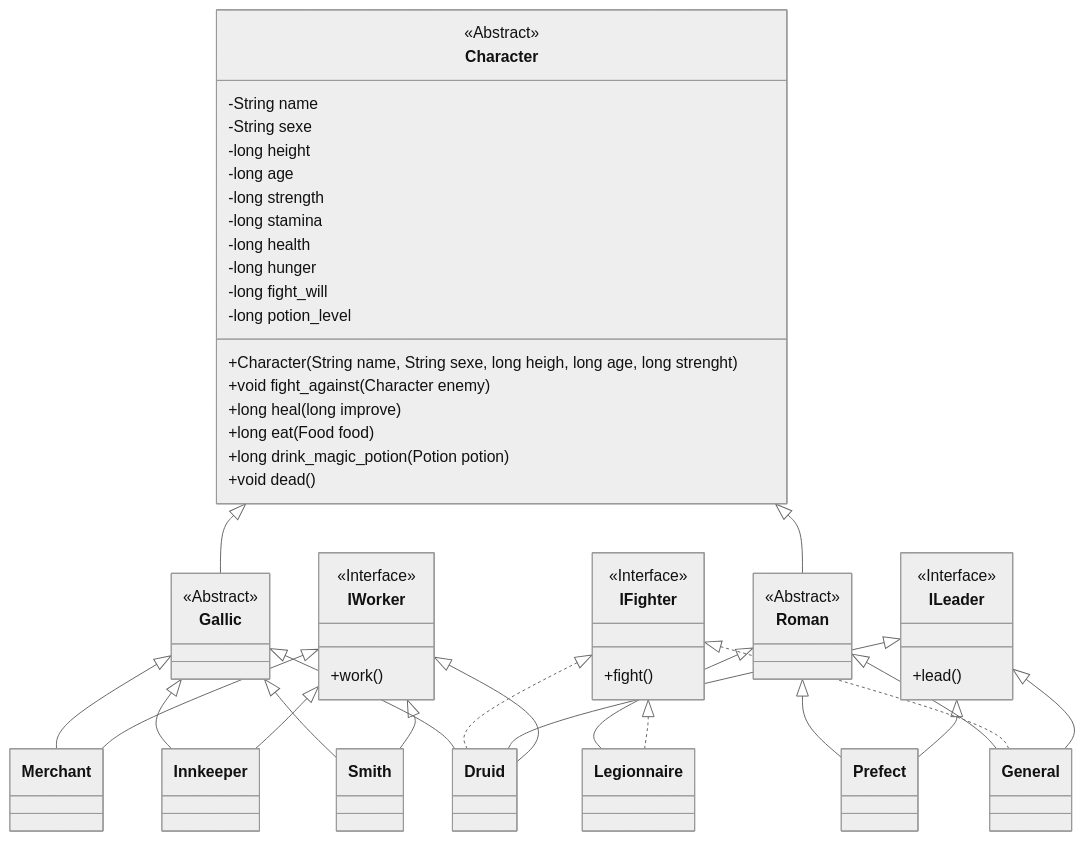
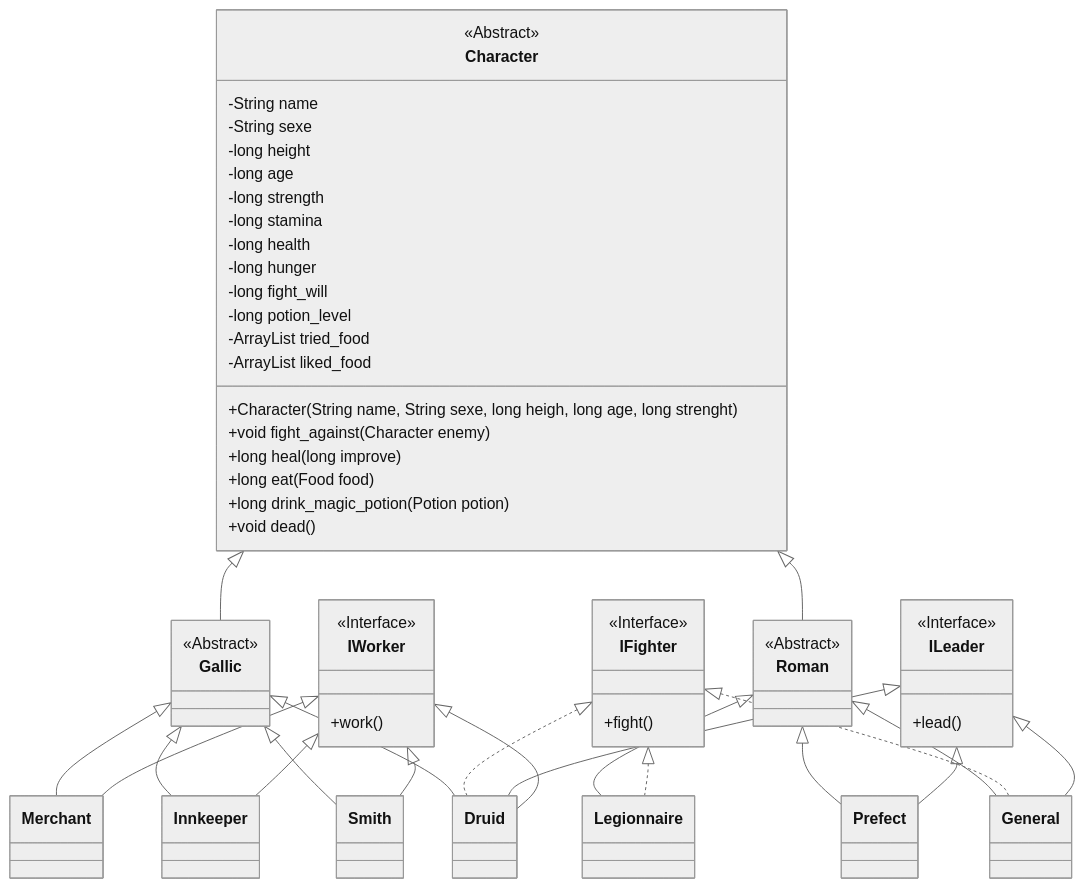
The diagram in diagrams/diag_character.md (Gustin-MAILHE/R304_Projet_Qualite_Dev), drawn with Mermaid (neutral theme) before and after one commit.

Commit message:
Update diag_character.md
Food-related attributes added

````diff
--- a/diagrams/diag_character.md
+++ b/diagrams/diag_character.md
@@ -1,72 +1,75 @@
 ```mermaid
-    classDiagram
-        
-        Character <|-- Gallic
-        Gallic <|-- Merchant
-        Gallic <|-- Innkeeper
-        Gallic <|-- Smith
-        Gallic <|-- Druid
     
-        Character <|-- Roman
-        Roman <|-- Legionnaire
-        Roman <|-- Prefect
-        Roman <|-- General
+classDiagram
     
-        IFighter <|.. Legionnaire
-        IFighter <|.. General
-        IFighter <|.. Druid
-    
-        ILeader <|-- Prefect
-        ILeader <|-- General
-        ILeader <|-- Druid
-    
-        IWorker <|-- Merchant
-        IWorker <|-- Innkeeper
-        IWorker <|-- Smith
-        IWorker <|-- Druid
-        
-    
-        class Character {
-            <<Abstract>>
-            -String name
-            -String sexe
-            -long height
-            -long age
-            -long strength
-            -long stamina
-            -long health
-            -long hunger
-            -long fight_will
-            -long potion_level
-    
-            +Character(String name, String sexe, long heigh, long age, long strenght)
-            +void fight_against(Character enemy)
-            +long heal(long improve)
-            +long eat(Food food)
-            +long drink_magic_potion(Potion potion)
-            +void dead()
-        }
-    
-        class Gallic {
-            <<Abstract>>
-        }
-    
-        class Roman {
-            <<Abstract>>
-        }
-    
-        class IFighter {
-            <<Interface>>
-            +fight()
-        }
-    
-        class ILeader {
-            <<Interface>>
-            +lead()
-        }
+    Character <|-- Gallic
+    Gallic <|-- Merchant
+    Gallic <|-- Innkeeper
+    Gallic <|-- Smith
+    Gallic <|-- Druid
 
-        class IWorker {
-            <<Interface>>
-            +work()
+    Character <|-- Roman
+    Roman <|-- Legionnaire
+    Roman <|-- Prefect
+    Roman <|-- General
+
+    IFighter <|.. Legionnaire
+    IFighter <|.. General
+    IFighter <|.. Druid
+
+    ILeader <|-- Prefect
+    ILeader <|-- General
+    ILeader <|-- Druid
+
+    IWorker <|-- Merchant
+    IWorker <|-- Innkeeper
+    IWorker <|-- Smith
+    IWorker <|-- Druid
+
+    class Character {
+        <<Abstract>>
+        -String name
+        -String sexe
+        -long height
+        -long age
+        -long strength
+        -long stamina
+        -long health
+        -long hunger
+        -long fight_will
+        -long potion_level
+        -ArrayList<Food> tried_food
+        -ArrayList<Food> liked_food
+
+        +Character(String name, String sexe, long heigh, long age, long strenght)
+        +void fight_against(Character enemy)
+        +long heal(long improve)
+        +long eat(Food food)
+        +long drink_magic_potion(Potion potion)
+        +void dead()
     }
+
+    class Gallic {
+        <<Abstract>>
+    }
+
+    class Roman {
+        <<Abstract>>
+    }
+
+    class IFighter {
+        <<Interface>>
+        +fight()
+    }
+
+    class ILeader {
+        <<Interface>>
+        +lead()
+    }
+
+    class IWorker {
+        <<Interface>>
+        +work()
+    }
+
 ```
````
